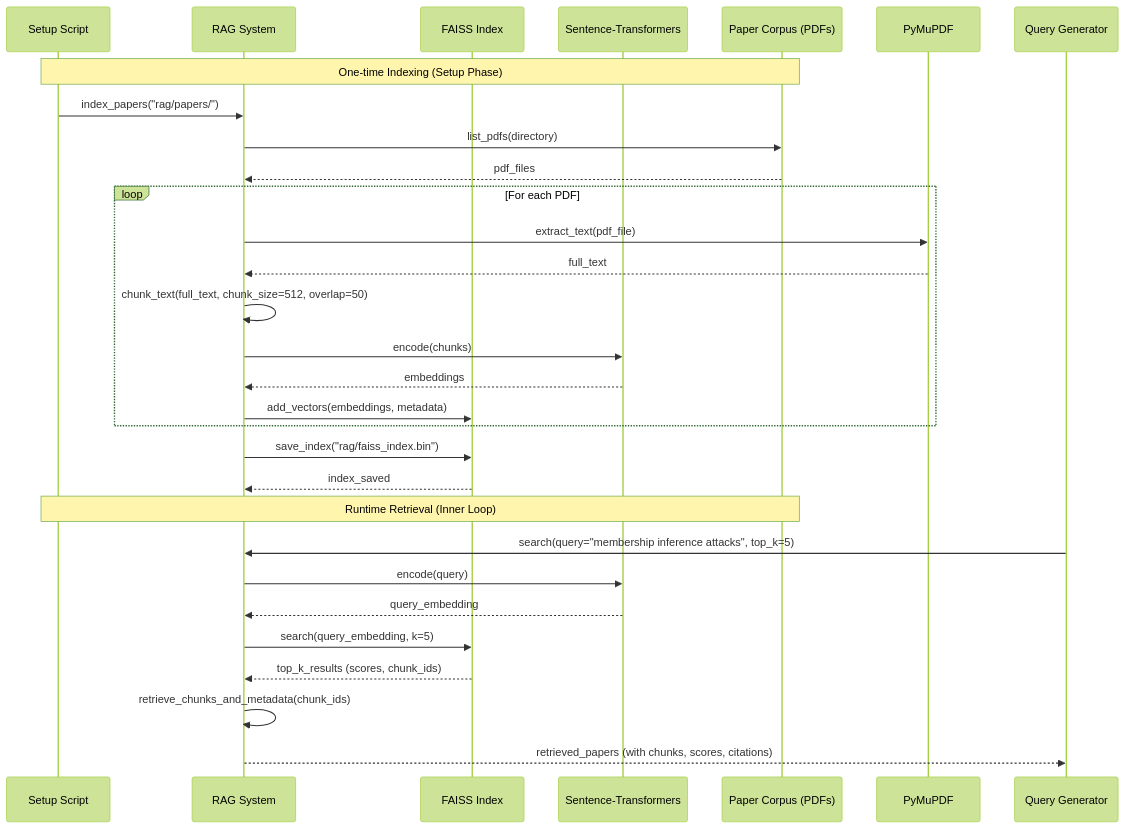
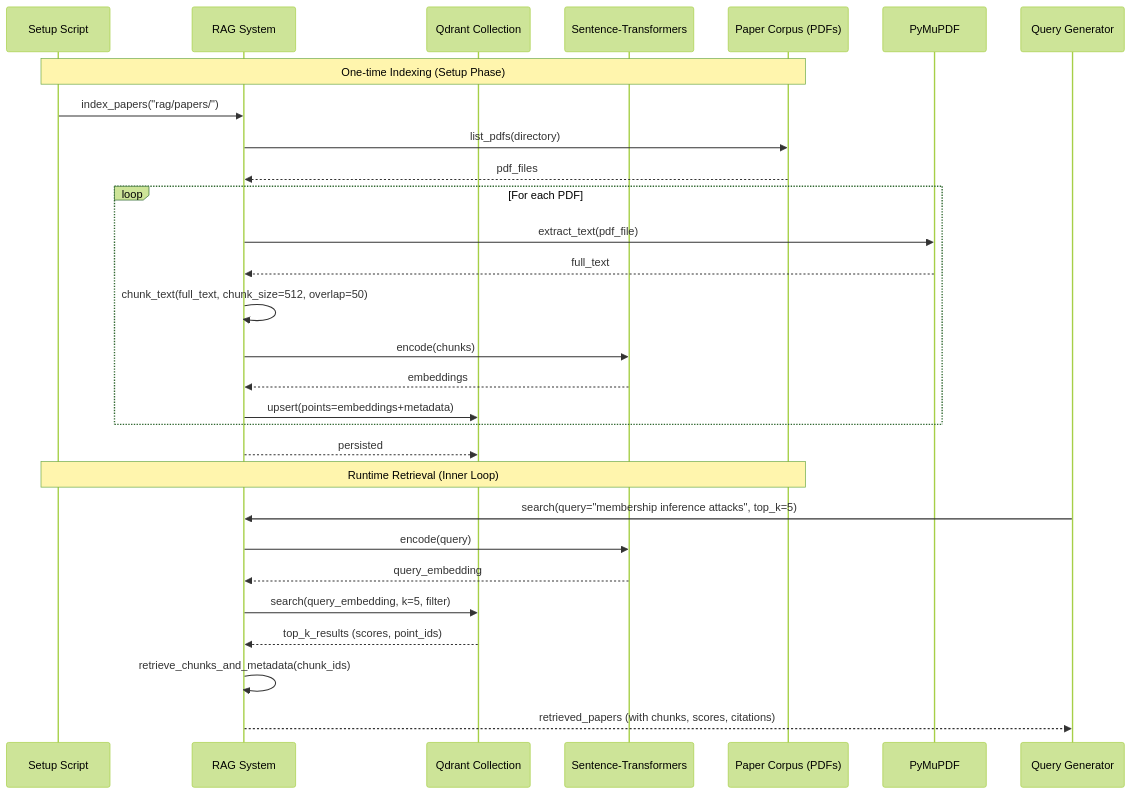
Before and after one commit to YuyangXueEd/STACE: the fifth of 5 diagrams in docs/architecture.md, drawn with Mermaid (forest theme). The commit also changed other lines of this file and 11 other files, not shown here.

````diff
--- a/docs/architecture.md
+++ b/docs/architecture.md
@@ -1022,37 +1111,36 @@
 ```mermaid
 sequenceDiagram
     participant Setup as Setup Script
     participant RAG as RAG System
-    participant FAISS as FAISS Index
+    participant Qdrant as Qdrant Collection
     participant Embedder as Sentence-Transformers
     participant Papers as Paper Corpus (PDFs)
 
     Note over Setup,Papers: One-time Indexing (Setup Phase)
 
     Setup->>RAG: index_papers("rag/papers/")
     RAG->>Papers: list_pdfs(directory)
     Papers-->>RAG: pdf_files
 
     loop For each PDF
         RAG->>PyMuPDF: extract_text(pdf_file)
         PyMuPDF-->>RAG: full_text
         RAG->>RAG: chunk_text(full_text, chunk_size=512, overlap=50)
         RAG->>Embedder: encode(chunks)
         Embedder-->>RAG: embeddings
-        RAG->>FAISS: add_vectors(embeddings, metadata)
+        RAG->>Qdrant: upsert(points=embeddings+metadata)
     end
 
-    RAG->>FAISS: save_index("rag/faiss_index.bin")
-    FAISS-->>RAG: index_saved
+    RAG-->>Qdrant: persisted
 
     Note over Setup,Papers: Runtime Retrieval (Inner Loop)
 
     participant QG as Query Generator
     QG->>RAG: search(query="membership inference attacks", top_k=5)
     RAG->>Embedder: encode(query)
     Embedder-->>RAG: query_embedding
-    RAG->>FAISS: search(query_embedding, k=5)
-    FAISS-->>RAG: top_k_results (scores, chunk_ids)
+    RAG->>Qdrant: search(query_embedding, k=5, filter)
+    Qdrant-->>RAG: top_k_results (scores, point_ids)
     RAG->>RAG: retrieve_chunks_and_metadata(chunk_ids)
     RAG-->>QG: retrieved_papers (with chunks, scores, citations)
 ```
````
